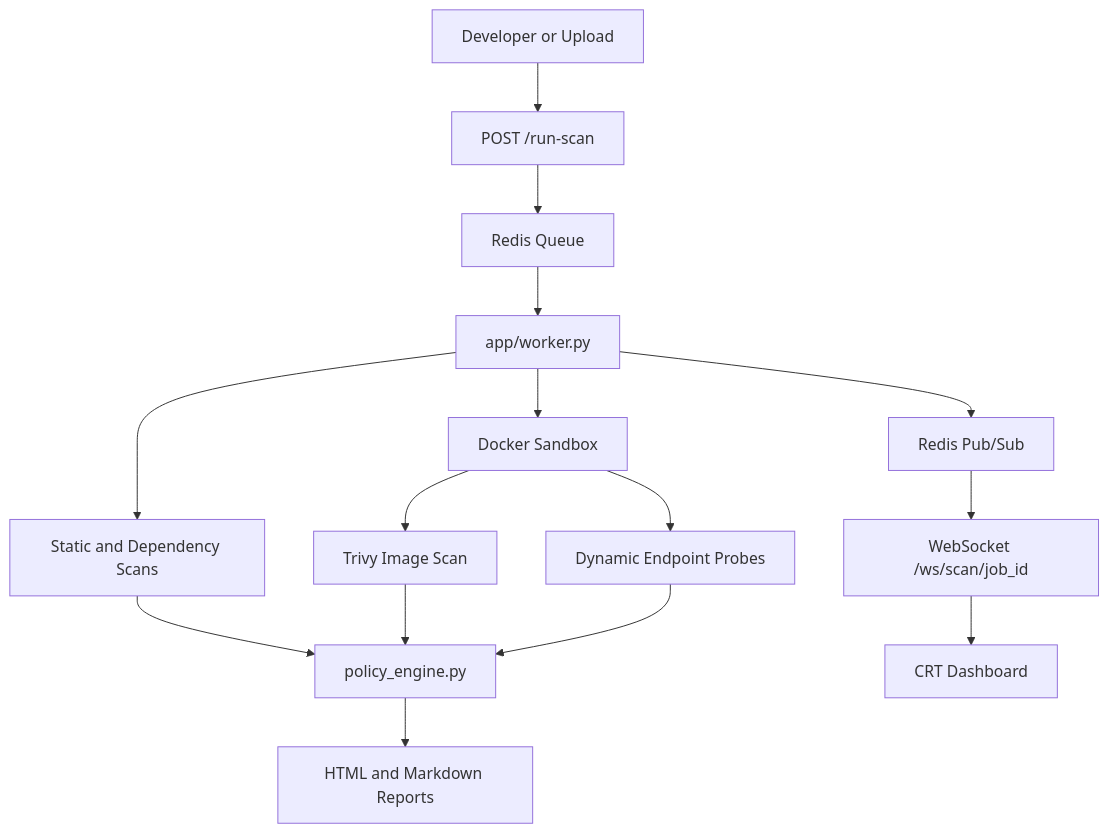
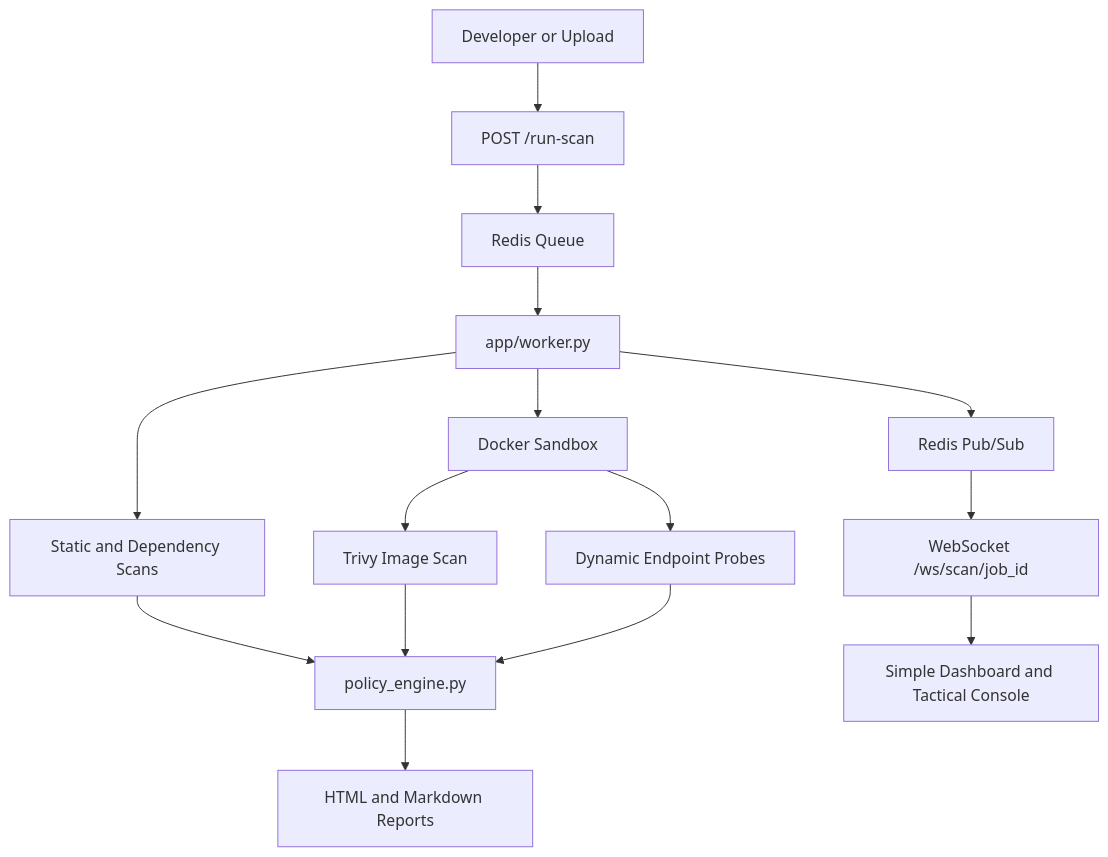
Before and after one commit to huslenine999/aegis: the second of 2 diagrams in README.md, drawn with Mermaid. The commit also changed other lines of this file and 18 other files, not shown here.

````diff
--- a/README.md
+++ b/README.md
@@ -226,17 +290,17 @@
 ```mermaid
 graph TD
     Dev[Developer or Upload] --> RunScan[POST /run-scan]
     RunScan --> Queue[Redis Queue]
     Queue --> Worker[app/worker.py]
     Worker --> Static[Static and Dependency Scans]
     Worker --> Sandbox[Docker Sandbox]
     Sandbox --> Trivy[Trivy Image Scan]
     Sandbox --> DAST[Dynamic Endpoint Probes]
     Static --> Policy[policy_engine.py]
     Trivy --> Policy
     DAST --> Policy
     Policy --> Reports[HTML and Markdown Reports]
     Worker --> Redis[Redis Pub/Sub]
     Redis --> WS[WebSocket /ws/scan/job_id]
-    WS --> UI[CRT Dashboard]
+    WS --> UI[Simple Dashboard and Tactical Console]
 ```
````
